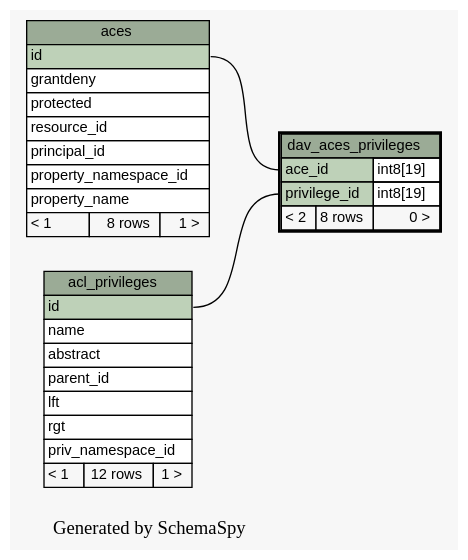
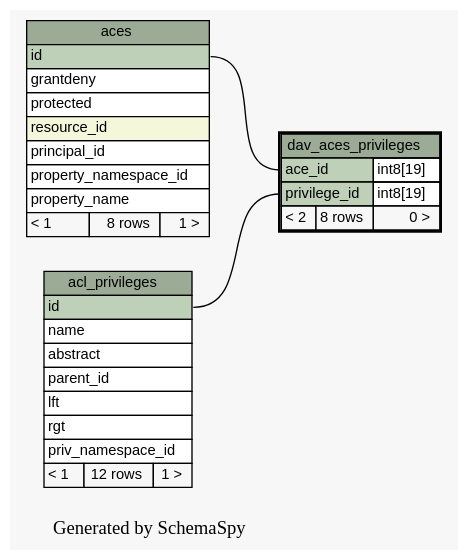
Before and after one commit to tolsen/limestone: the diagram in limestone/doc/schemaSpy/graphs/dav_aces_privileges.1degree.dot, drawn with Graphviz. The commit also changed 156 other files, not shown here.

Commit message:
update limestone schemaSpy

```diff
--- a/limestone/doc/schemaSpy/graphs/dav_aces_privileges.1degree.dot
+++ b/limestone/doc/schemaSpy/graphs/dav_aces_privileges.1degree.dot
@@ -1,62 +1,62 @@
-// dot 2.20.2 on Linux 2.6.25-2-amd64
+// dot 2.20.2 on Linux 2.6.28-1-amd64
 digraph "oneDegreeRelationshipsGraph" {
   graph [
     rankdir="RL"
     bgcolor="#f7f7f7"
     label="\nGenerated by SchemaSpy"
     labeljust="l"
   ];
   node [
     fontname="Helvetica"
     fontsize="11"
     shape="plaintext"
   ];
   edge [
     arrowsize="0.8"
   ];
   "dav_aces_privileges":"ace_id":w -> "aces":"id":e [arrowtail=crowtee arrowhead=none];
   "dav_aces_privileges":"privilege_id":w -> "acl_privileges":"id":e [arrowtail=crowtee arrowhead=none];
   "aces" [
     label=<
     <TABLE BORDER="0" CELLBORDER="1" CELLSPACING="0" BGCOLOR="#ffffff">
       <TR><TD PORT="aces.heading" COLSPAN="3" BGCOLOR="#9bab96" ALIGN="CENTER">aces</TD></TR>
       <TR><TD PORT="id" COLSPAN="3" BGCOLOR="#bed1b8" ALIGN="LEFT">id</TD></TR>
       <TR><TD PORT="grantdeny" COLSPAN="3" ALIGN="LEFT">grantdeny</TD></TR>
       <TR><TD PORT="protected" COLSPAN="3" ALIGN="LEFT">protected</TD></TR>
-      <TR><TD PORT="resource_id" COLSPAN="3" ALIGN="LEFT">resource_id</TD></TR>
+      <TR><TD PORT="resource_id" COLSPAN="3" BGCOLOR="#f4f7da" ALIGN="LEFT">resource_id</TD></TR>
       <TR><TD PORT="principal_id" COLSPAN="3" ALIGN="LEFT">principal_id</TD></TR>
       <TR><TD PORT="property_namespace_id" COLSPAN="3" ALIGN="LEFT">property_namespace_id</TD></TR>
       <TR><TD PORT="property_name" COLSPAN="3" ALIGN="LEFT">property_name</TD></TR>
       <TR><TD ALIGN="LEFT" BGCOLOR="#f7f7f7">&lt; 1</TD><TD ALIGN="RIGHT" BGCOLOR="#f7f7f7">8 rows</TD><TD ALIGN="RIGHT" BGCOLOR="#f7f7f7">1 &gt;</TD></TR>
     </TABLE>>
     URL="aces.html#graph"
     tooltip="aces"
   ];
   "acl_privileges" [
     label=<
     <TABLE BORDER="0" CELLBORDER="1" CELLSPACING="0" BGCOLOR="#ffffff">
       <TR><TD PORT="acl_privileges.heading" COLSPAN="3" BGCOLOR="#9bab96" ALIGN="CENTER">acl_privileges</TD></TR>
       <TR><TD PORT="id" COLSPAN="3" BGCOLOR="#bed1b8" ALIGN="LEFT">id</TD></TR>
       <TR><TD PORT="name" COLSPAN="3" ALIGN="LEFT">name</TD></TR>
       <TR><TD PORT="abstract" COLSPAN="3" ALIGN="LEFT">abstract</TD></TR>
       <TR><TD PORT="parent_id" COLSPAN="3" ALIGN="LEFT">parent_id</TD></TR>
       <TR><TD PORT="lft" COLSPAN="3" ALIGN="LEFT">lft</TD></TR>
       <TR><TD PORT="rgt" COLSPAN="3" ALIGN="LEFT">rgt</TD></TR>
       <TR><TD PORT="priv_namespace_id" COLSPAN="3" ALIGN="LEFT">priv_namespace_id</TD></TR>
       <TR><TD ALIGN="LEFT" BGCOLOR="#f7f7f7">&lt; 1</TD><TD ALIGN="RIGHT" BGCOLOR="#f7f7f7">12 rows</TD><TD ALIGN="RIGHT" BGCOLOR="#f7f7f7">1 &gt;</TD></TR>
     </TABLE>>
     URL="acl_privileges.html#graph"
     tooltip="acl_privileges"
   ];
   "dav_aces_privileges" [
     label=<
     <TABLE BORDER="2" CELLBORDER="1" CELLSPACING="0" BGCOLOR="#ffffff">
       <TR><TD PORT="dav_aces_privileges.heading" COLSPAN="3" BGCOLOR="#9bab96" ALIGN="CENTER">dav_aces_privileges</TD></TR>
       <TR><TD PORT="ace_id" COLSPAN="2" BGCOLOR="#bed1b8" ALIGN="LEFT">ace_id</TD><TD PORT="ace_id.type" ALIGN="LEFT">int8[19]</TD></TR>
       <TR><TD PORT="privilege_id" COLSPAN="2" BGCOLOR="#bed1b8" ALIGN="LEFT">privilege_id</TD><TD PORT="privilege_id.type" ALIGN="LEFT">int8[19]</TD></TR>
       <TR><TD ALIGN="LEFT" BGCOLOR="#f7f7f7">&lt; 2</TD><TD ALIGN="RIGHT" BGCOLOR="#f7f7f7">8 rows</TD><TD ALIGN="RIGHT" BGCOLOR="#f7f7f7">0 &gt;</TD></TR>
     </TABLE>>
     URL="dav_aces_privileges.html#"
     tooltip="dav_aces_privileges"
   ];
 }
```
